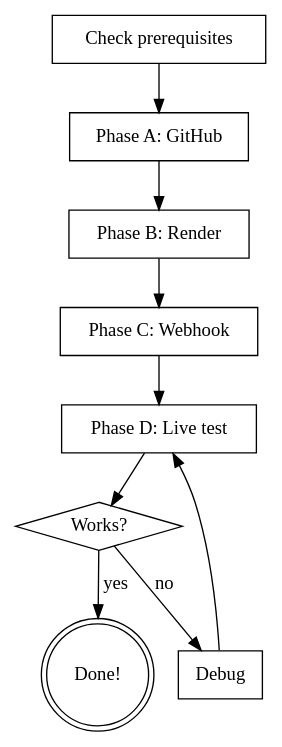
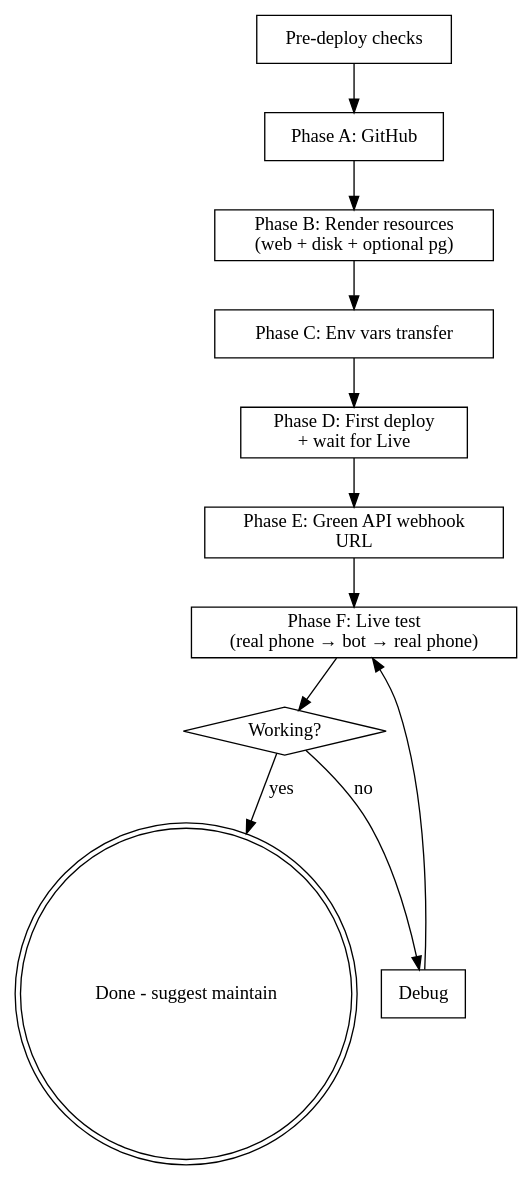
One commit to Asher-pro/wa-whatsapp-agent changed the diagram in skills/wa-deploy/SKILL.md. Above: the diagram before and after it, drawn with Graphviz. The commit also changed other lines of this file and 25 other files, not shown here.

````diff
--- a/skills/wa-deploy/SKILL.md
+++ b/skills/wa-deploy/SKILL.md
@@ -18,22 +44,26 @@
 ```dot
 digraph wa_deploy {
     rankdir=TB;
-    "Check prerequisites" [shape=box];
+    "Pre-deploy checks" [shape=box];
     "Phase A: GitHub" [shape=box];
-    "Phase B: Render" [shape=box];
-    "Phase C: Webhook" [shape=box];
-    "Phase D: Live test" [shape=box];
-    "Works?" [shape=diamond];
+    "Phase B: Render resources\n(web + disk + optional pg)" [shape=box];
+    "Phase C: Env vars transfer" [shape=box];
+    "Phase D: First deploy\n+ wait for Live" [shape=box];
+    "Phase E: Green API webhook\nURL" [shape=box];
+    "Phase F: Live test\n(real phone → bot → real phone)" [shape=box];
+    "Working?" [shape=diamond];
     "Debug" [shape=box];
-    "Done!" [shape=doublecircle];
+    "Done - suggest maintain" [shape=doublecircle];
 
-    "Check prerequisites" -> "Phase A: GitHub";
-    "Phase A: GitHub" -> "Phase B: Render";
-    "Phase B: Render" -> "Phase C: Webhook";
-    "Phase C: Webhook" -> "Phase D: Live test";
-    "Phase D: Live test" -> "Works?";
-    "Works?" -> "Done!" [label="yes"];
-    "Works?" -> "Debug" [label="no"];
-    "Debug" -> "Phase D: Live test";
+    "Pre-deploy checks" -> "Phase A: GitHub";
+    "Phase A: GitHub" -> "Phase B: Render resources\n(web + disk + optional pg)";
+    "Phase B: Render resources\n(web + disk + optional pg)" -> "Phase C: Env vars transfer";
+    "Phase C: Env vars transfer" -> "Phase D: First deploy\n+ wait for Live";
+    "Phase D: First deploy\n+ wait for Live" -> "Phase E: Green API webhook\nURL";
+    "Phase E: Green API webhook\nURL" -> "Phase F: Live test\n(real phone → bot → real phone)";
+    "Phase F: Live test\n(real phone → bot → real phone)" -> "Working?";
+    "Working?" -> "Done - suggest maintain" [label="yes"];
+    "Working?" -> "Debug" [label="no"];
+    "Debug" -> "Phase F: Live test\n(real phone → bot → real phone)";
 }
 ```
````
